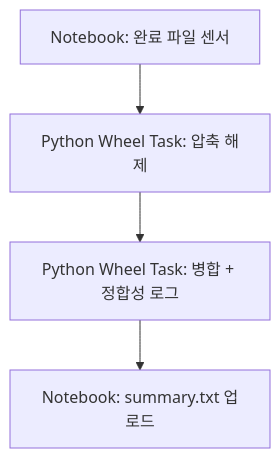
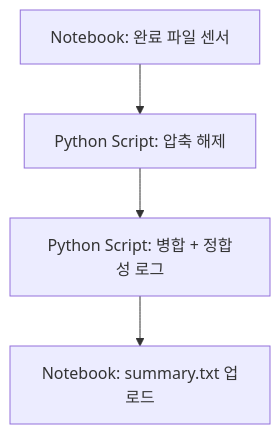
Before and after one commit to yeokyeong-yoon/yeokyeong-yoon.github.io: the fourth of 4 diagrams in _posts/2025-03-18-etl-pipeline.md, drawn with Mermaid. The commit also changed other lines of this file, not shown here.

````diff
--- a/_posts/2025-03-18-etl-pipeline.md
+++ b/_posts/2025-03-18-etl-pipeline.md
@@ -146,6 +150,6 @@
 ```mermaid
 graph TD
-    A[Notebook: 완료 파일 센서] --> B[Python Wheel Task: 압축 해제]
-    B --> C[Python Wheel Task: 병합 + 정합성 로그]
+    A[Notebook: 완료 파일 센서] --> B[Python Script: 압축 해제]
+    B --> C[Python Script: 병합 + 정합성 로그]
     C --> D[Notebook: summary.txt 업로드]
 ```
````
